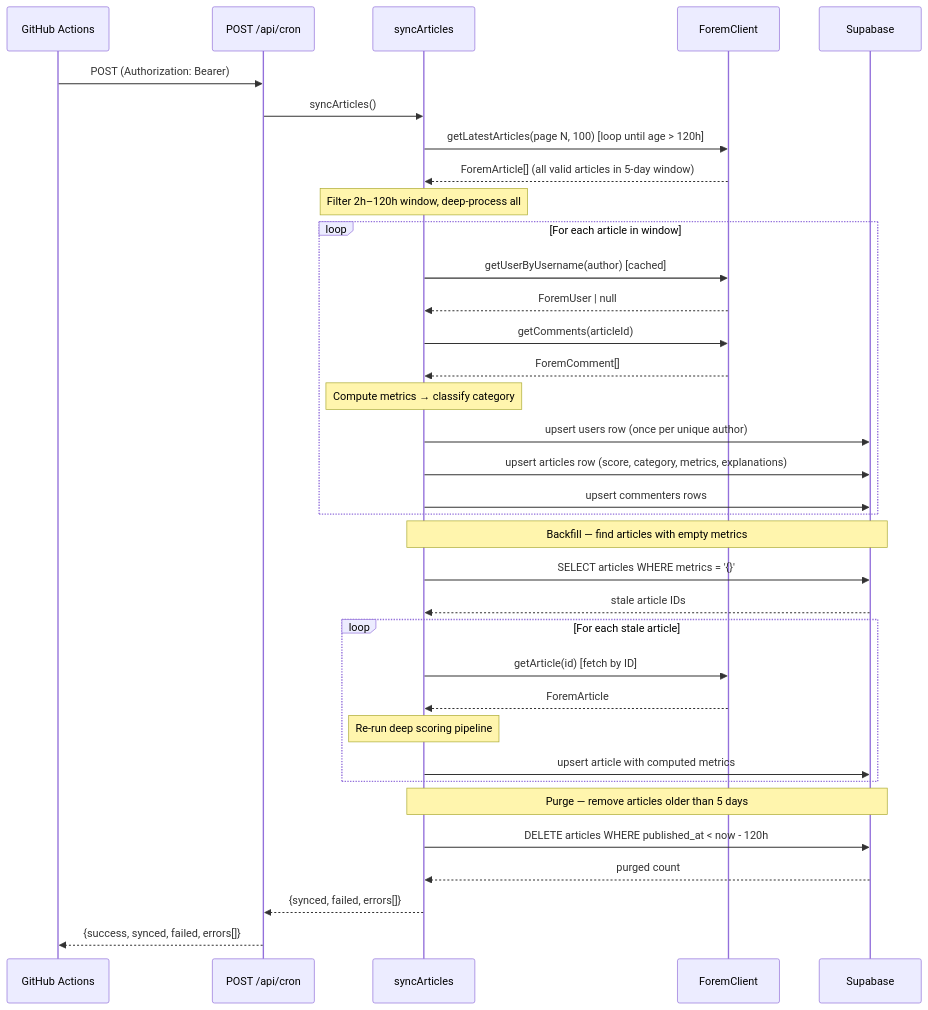
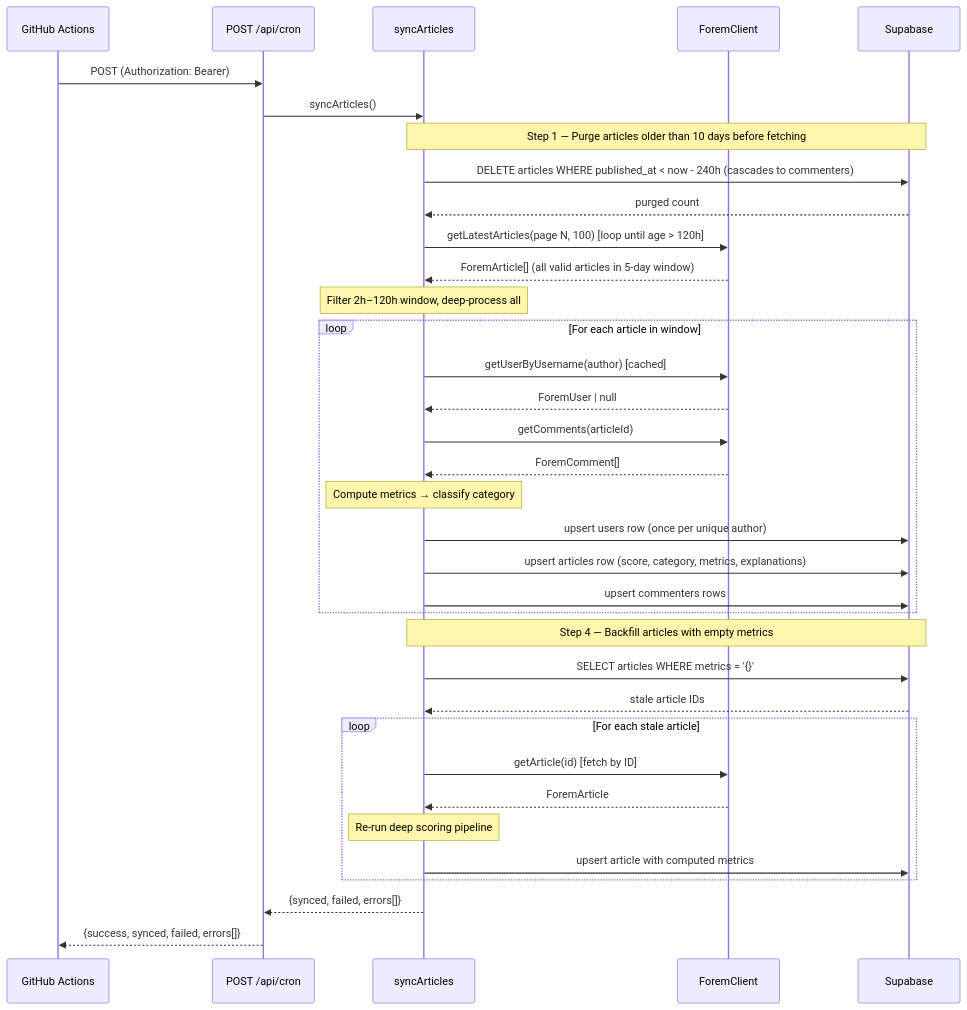
Before and after one commit to ChecKMarKDevTools/forem-community-dashboard: the second of 3 diagrams in README.md, drawn with Mermaid. The commit also changed other lines of this file and 24 other files, not shown here.

````diff
--- a/README.md
+++ b/README.md
@@ -103,43 +103,44 @@
 ```mermaid
 sequenceDiagram
   participant GHA as GitHub Actions
   participant Cron as POST /api/cron
   participant Sync as syncArticles
   participant FC as ForemClient
   participant SB as Supabase
 
   GHA->>Cron: POST (Authorization: Bearer)
   Cron->>Sync: syncArticles()
+
+  Note over Sync,SB: Step 1 — Purge articles older than 10 days before fetching
+  Sync->>SB: DELETE articles WHERE published_at < now - 240h (cascades to commenters)
+  SB-->>Sync: purged count
+
   Sync->>FC: getLatestArticles(page N, 100) [loop until age > 120h]
   FC-->>Sync: ForemArticle[] (all valid articles in 5-day window)
   Note over Sync: Filter 2h–120h window, deep-process all
 
   loop For each article in window
     Sync->>FC: getUserByUsername(author) [cached]
     FC-->>Sync: ForemUser | null
     Sync->>FC: getComments(articleId)
     FC-->>Sync: ForemComment[]
     Note over Sync: Compute metrics → classify category
     Sync->>SB: upsert users row (once per unique author)
     Sync->>SB: upsert articles row (score, category, metrics, explanations)
     Sync->>SB: upsert commenters rows
   end
 
-  Note over Sync,SB: Backfill — find articles with empty metrics
+  Note over Sync,SB: Step 4 — Backfill articles with empty metrics
   Sync->>SB: SELECT articles WHERE metrics = '{}'
   SB-->>Sync: stale article IDs
 
   loop For each stale article
     Sync->>FC: getArticle(id) [fetch by ID]
     FC-->>Sync: ForemArticle
     Note over Sync: Re-run deep scoring pipeline
     Sync->>SB: upsert article with computed metrics
   end
 
-  Note over Sync,SB: Purge — remove articles older than 5 days
-  Sync->>SB: DELETE articles WHERE published_at < now - 120h
-  SB-->>Sync: purged count
-
   Sync-->>Cron: {synced, failed, errors[]}
   Cron-->>GHA: {success, synced, failed, errors[]}
 ```
````
